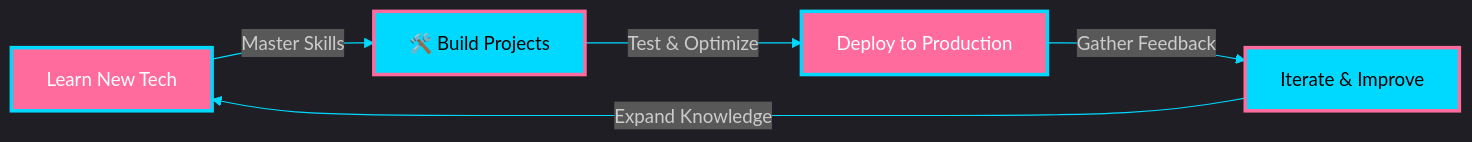
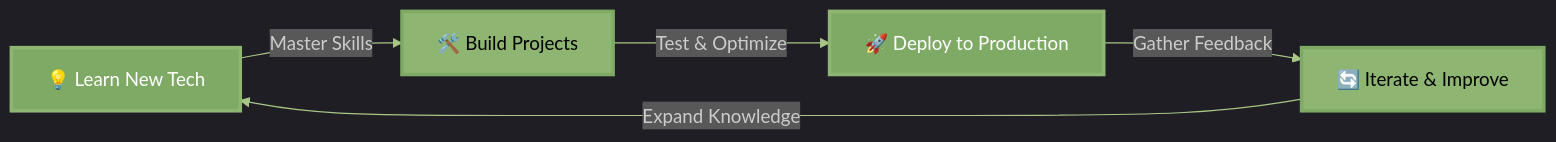
One commit to Codift05/Codift05 changed the diagram in README.md. Above: the diagram before and after it, drawn with Mermaid. The commit also changed other lines of this file, not shown here.

````diff
--- a/README.md
+++ b/README.md
@@ -153,13 +153,13 @@
 ```mermaid
-%%{init: {'theme':'dark', 'themeVariables': { 'primaryColor':'#ff6b9d', 'primaryTextColor':'#fff', 'primaryBorderColor':'#00d9ff', 'lineColor':'#00d9ff', 'secondaryColor':'#1a1b27', 'tertiaryColor':'#2d2e3a'}}}%%
+%%{init: {'theme':'dark', 'themeVariables': { 'primaryColor':'#7FAA65', 'primaryTextColor':'#fff', 'primaryBorderColor':'#8FB573', 'lineColor':'#A8C686', 'secondaryColor':'#1a1b27', 'tertiaryColor':'#2d2e3a'}}}%%
 graph LR
-    A[ Learn New Tech] -->|Master Skills| B[🛠️ Build Projects]
-    B -->|Test & Optimize| C[ Deploy to Production]
-    C -->|Gather Feedback| D[ Iterate & Improve]
+    A[💡 Learn New Tech] -->|Master Skills| B[🛠️ Build Projects]
+    B -->|Test & Optimize| C[🚀 Deploy to Production]
+    C -->|Gather Feedback| D[🔄 Iterate & Improve]
     D -->|Expand Knowledge| A
     
-    style A fill:#ff6b9d,stroke:#00d9ff,stroke-width:3px,color:#fff
-    style B fill:#00d9ff,stroke:#ff6b9d,stroke-width:3px,color:#000
-    style C fill:#ff6b9d,stroke:#00d9ff,stroke-width:3px,color:#fff
-    style D fill:#00d9ff,stroke:#ff6b9d,stroke-width:3px,color:#000
+    style A fill:#7FAA65,stroke:#8FB573,stroke-width:3px,color:#fff
+    style B fill:#8FB573,stroke:#7FAA65,stroke-width:3px,color:#000
+    style C fill:#7FAA65,stroke:#8FB573,stroke-width:3px,color:#fff
+    style D fill:#8FB573,stroke:#7FAA65,stroke-width:3px,color:#000
 ```
````
